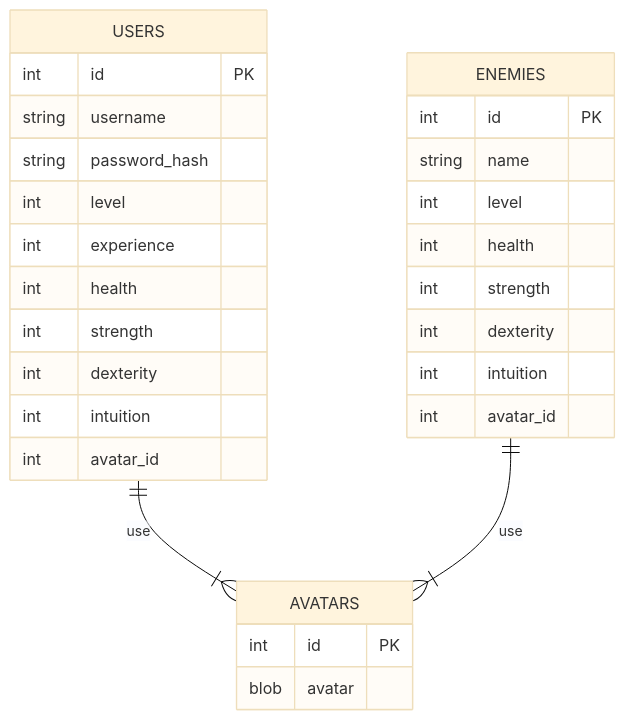
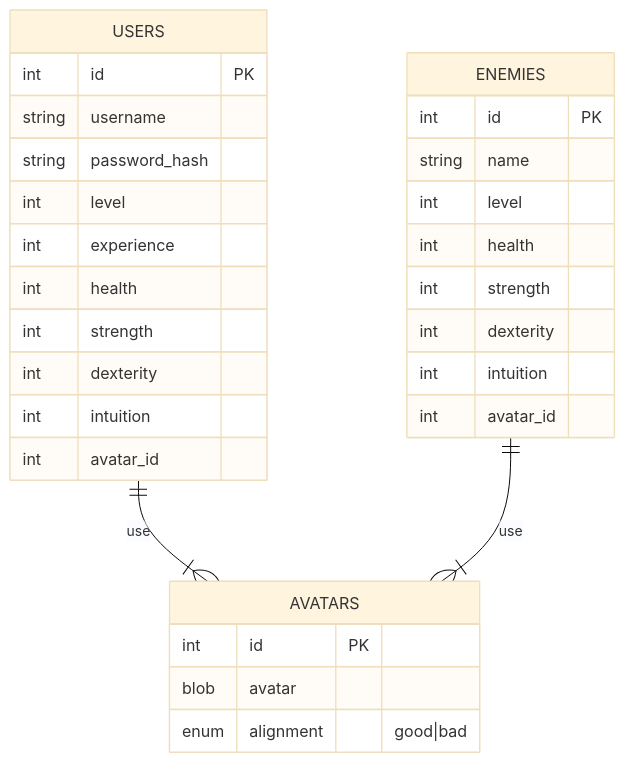
Before and after one commit to arkadiyshin/fighter: the diagram in README.md, drawn with Mermaid (base theme).

Commit message:
Added aligment in avatars table

````diff
--- a/README.md
+++ b/README.md
@@ -9,36 +9,37 @@
 ```mermaid
 erDiagram
 
 USERS ||--|{ AVATARS : "use"
 ENEMIES ||--|{ AVATARS : "use"
 
 USERS{
   int id PK
   string username
   string password_hash
   int level
   int experience
   int health
   int strength
   int dexterity
   int intuition
   int avatar_id
 }
 
 ENEMIES{
   int id PK
   string name
   int level
   int health
   int strength
   int dexterity
   int intuition
   int avatar_id
 }
 
 AVATARS{
   int id PK
   blob avatar
+  enum alignment "good|bad"
 }
 
 ```
````
